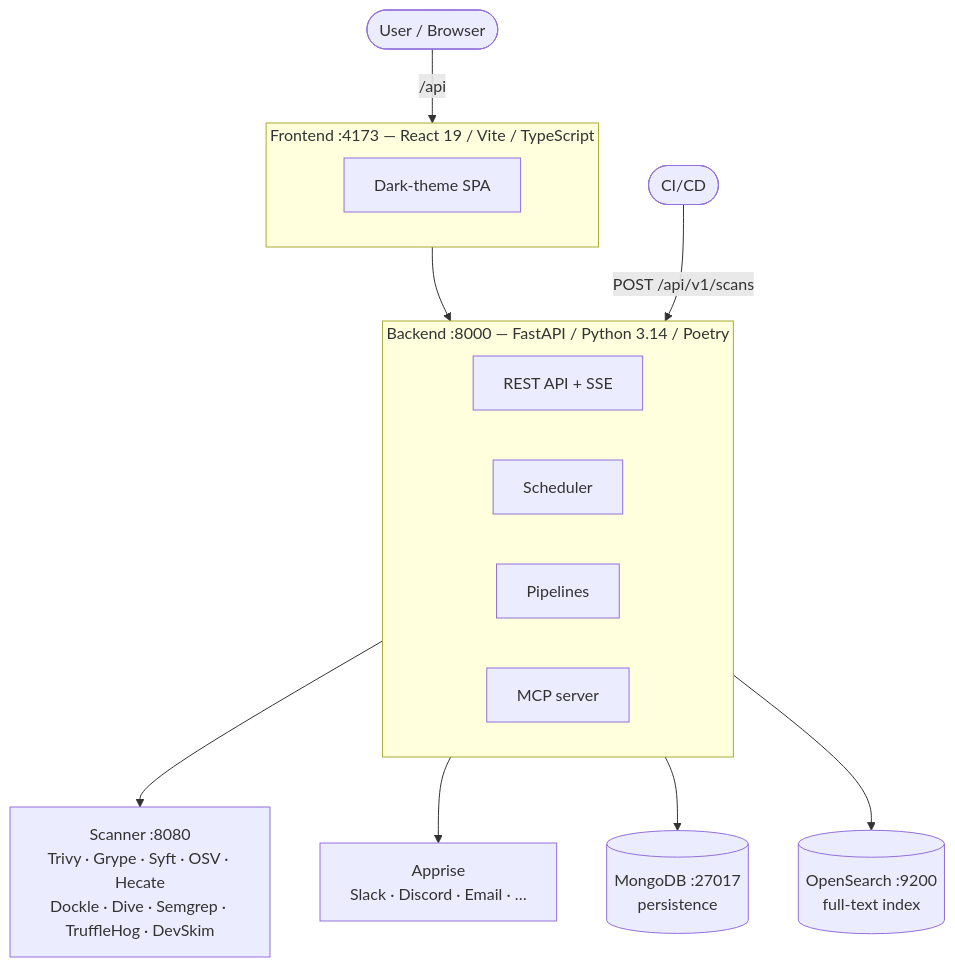
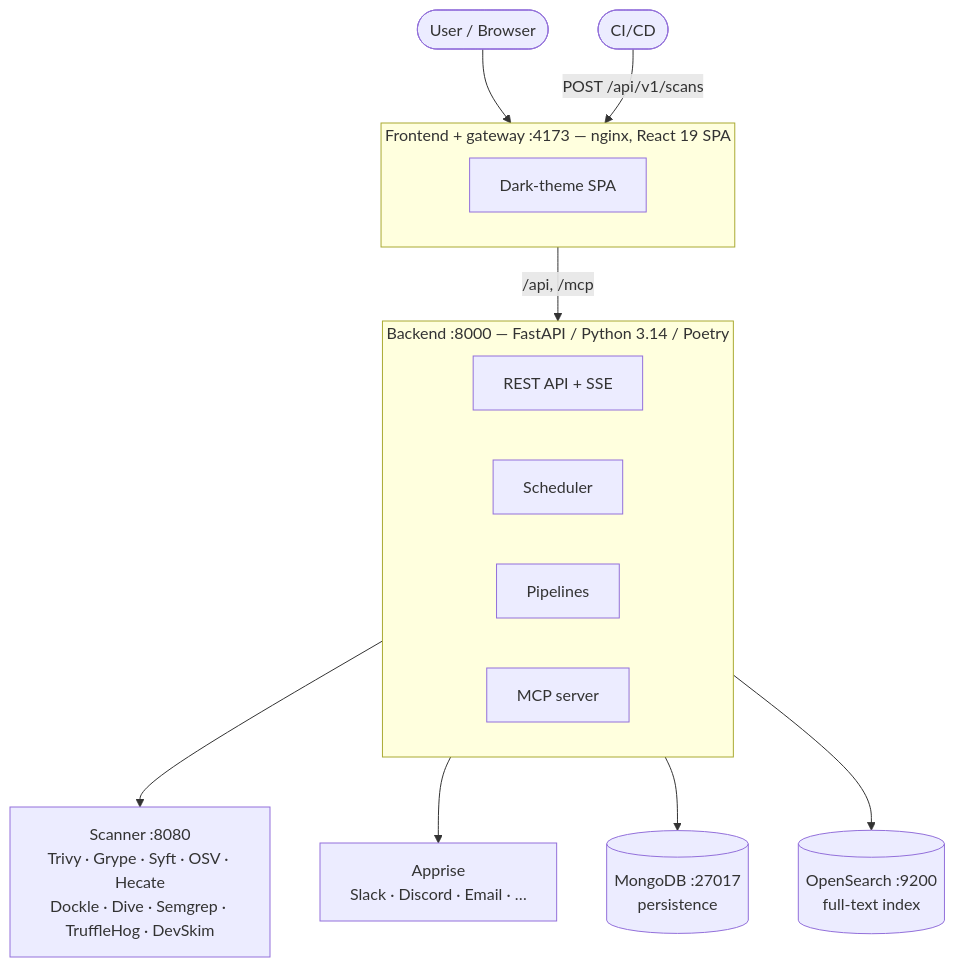
One commit to 0x3e4/hecate changed the diagram in docs/architecture.md. Above: the diagram before and after it, drawn with Mermaid. The commit also changed other lines of this file and 212 other files, not shown here.

````diff
--- a/docs/architecture.md
+++ b/docs/architecture.md
@@ -27,30 +27,30 @@
 ```mermaid
 flowchart TB
     User([User / Browser])
     CICD([CI/CD])
 
-    subgraph FE["Frontend :4173 — React 19 / Vite / TypeScript"]
+    subgraph FE["Frontend + gateway :4173 — nginx, React 19 SPA"]
         SPA[Dark-theme SPA]
     end
 
     subgraph BE["Backend :8000 — FastAPI / Python 3.14 / Poetry"]
         API[REST API + SSE]
         Sched[Scheduler]
         Pipe[Pipelines]
         MCP[MCP server]
     end
 
     Scanner["Scanner :8080<br/>Trivy · Grype · Syft · OSV · Hecate<br/>Dockle · Dive · Semgrep · TruffleHog · DevSkim"]
     Apprise["Apprise<br/>Slack · Discord · Email · …"]
 
     Mongo[("MongoDB :27017<br/>persistence")]
     OS[("OpenSearch :9200<br/>full-text index")]
 
-    User -- "/api" --> FE
-    FE --> BE
-    CICD -- "POST /api/v1/scans" --> BE
+    User --> FE
+    CICD -- "POST /api/v1/scans" --> FE
+    FE -- "/api, /mcp" --> BE
     BE --> Scanner
     BE --> Apprise
     BE --> Mongo
     BE --> OS
 ```
````
